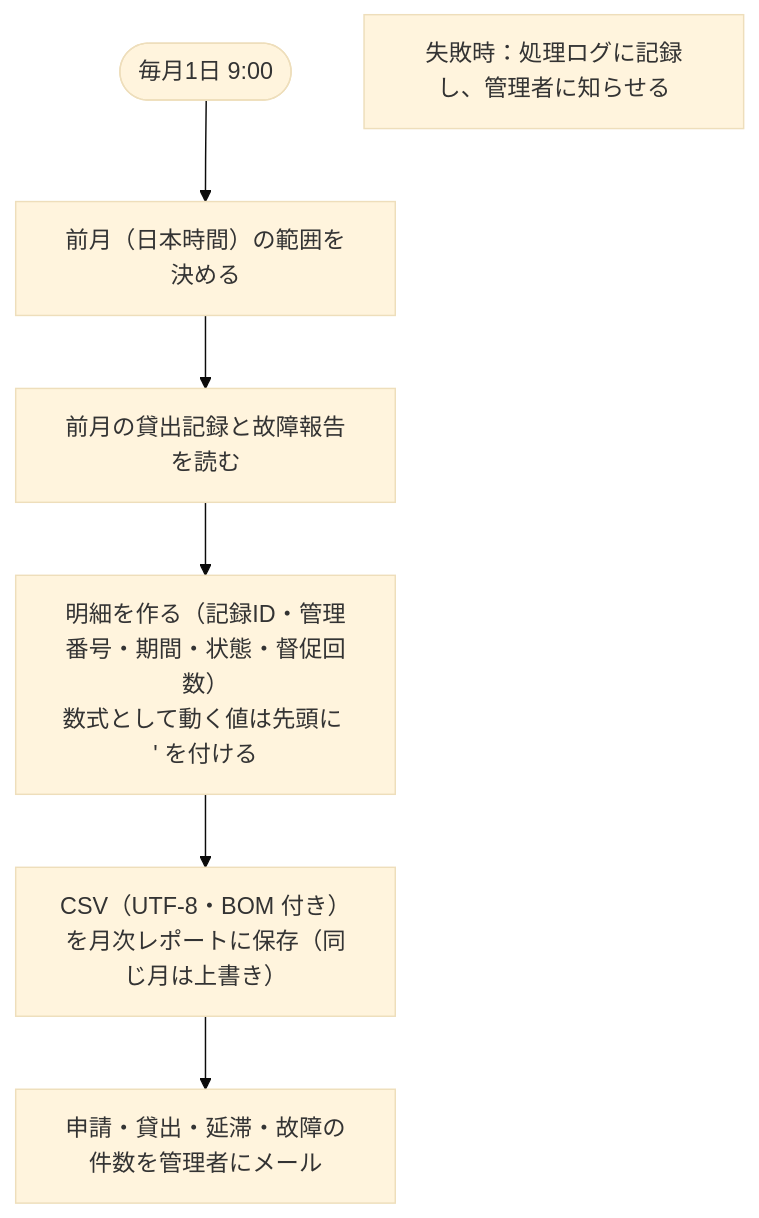
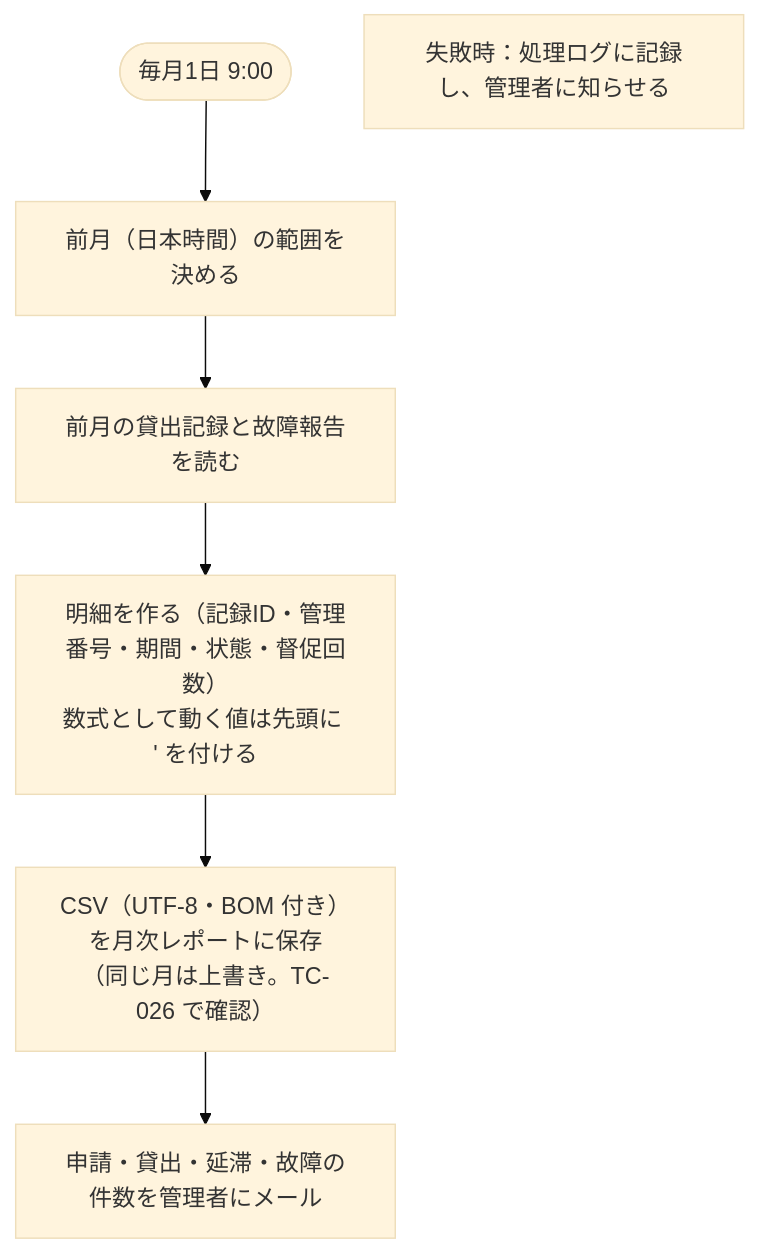
One commit to takato-y/m365-equipment-lending changed the diagram in docs/flows/FLW-005.md. Above: the diagram before and after it, drawn with Mermaid (base theme). The commit also changed 3 other files, not shown here.

Commit message:
フロー設計書の全体図を実装に合わせた（FLW-002 の承認待ちの確認と自己承認の条件、FLW-006 の備品の状態の条件）。使っていない関数を削除

````diff
--- a/docs/flows/FLW-005.md
+++ b/docs/flows/FLW-005.md
@@ -36,9 +36,9 @@
 ```mermaid
 flowchart TD
     T(["毎月1日 9:00"]) --> A["前月（日本時間）の範囲を決める"]
     A --> B["前月の貸出記録と故障報告を読む"]
     B --> C["明細を作る（記録ID・管理番号・期間・状態・督促回数）<br>数式として動く値は先頭に ' を付ける"]
-    C --> D["CSV（UTF-8・BOM 付き）を月次レポートに保存（同じ月は上書き）"]
+    C --> D["CSV（UTF-8・BOM 付き）を月次レポートに保存<br>（同じ月は上書き。TC-026 で確認）"]
     D --> E["申請・貸出・延滞・故障の件数を管理者にメール"]
     X["失敗時：処理ログに記録し、管理者に知らせる"]
 ```
````
